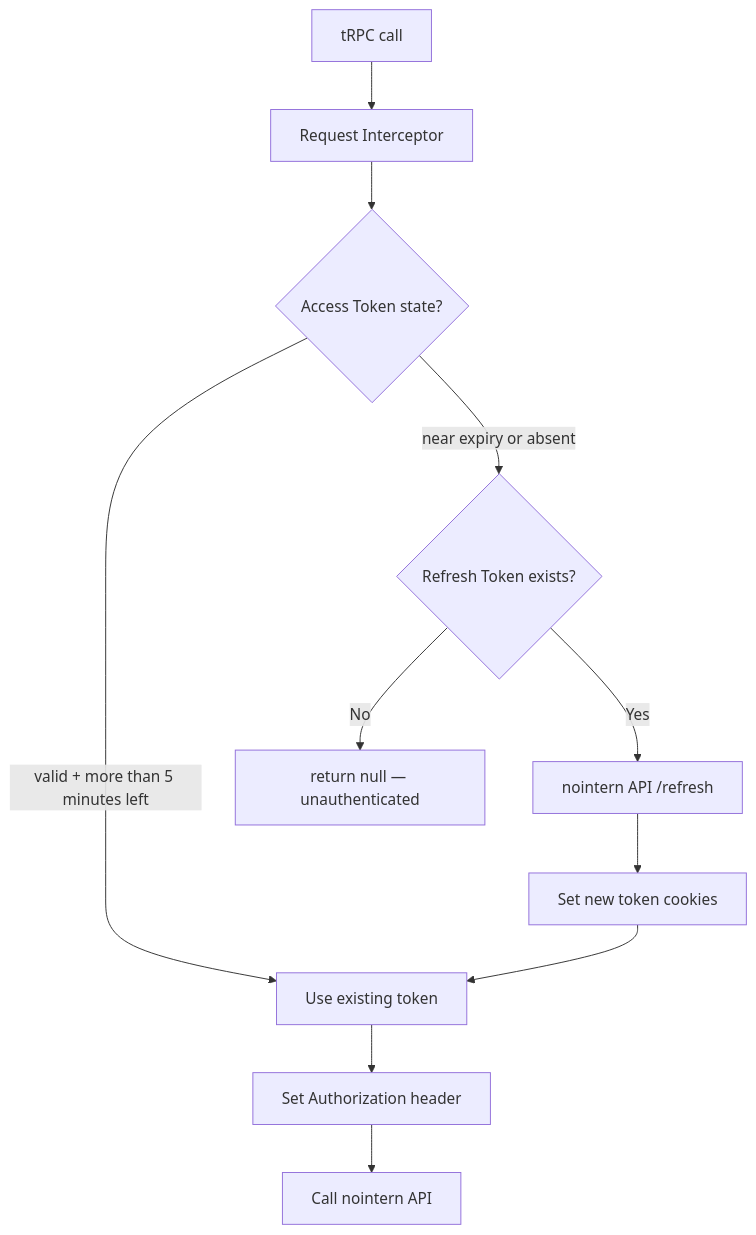
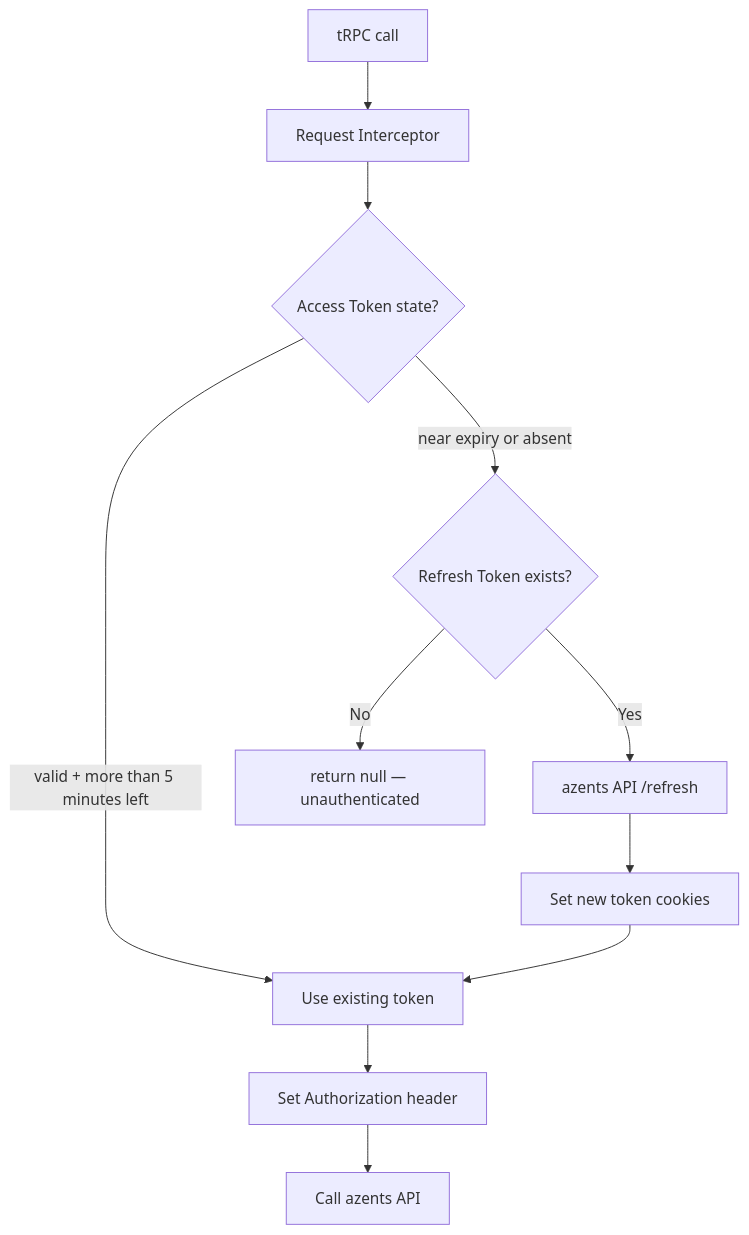
Before and after one commit to azents/azents: the fourth of 12 diagrams in docs/azents/design/authsnapshot-260219-auth.md, drawn with Mermaid. The commit also changed other lines of this file and 245 other files, not shown here.

````diff
--- a/docs/azents/design/authsnapshot-260219-auth.md
+++ b/docs/azents/design/authsnapshot-260219-auth.md
@@ -127,13 +127,13 @@
 ```mermaid
 flowchart TD
     A[tRPC call] --> B[Request Interceptor]
     B --> C{Access Token state?}
     C -->|valid + more than 5 minutes left| D[Use existing token]
     C -->|near expiry or absent| E{Refresh Token exists?}
-    E -->|Yes| F[nointern API /refresh]
+    E -->|Yes| F[azents API /refresh]
     F --> G[Set new token cookies]
     G --> D
     E -->|No| H[return null — unauthenticated]
     D --> I[Set Authorization header]
-    I --> J[Call nointern API]
+    I --> J[Call azents API]
 ```
````
